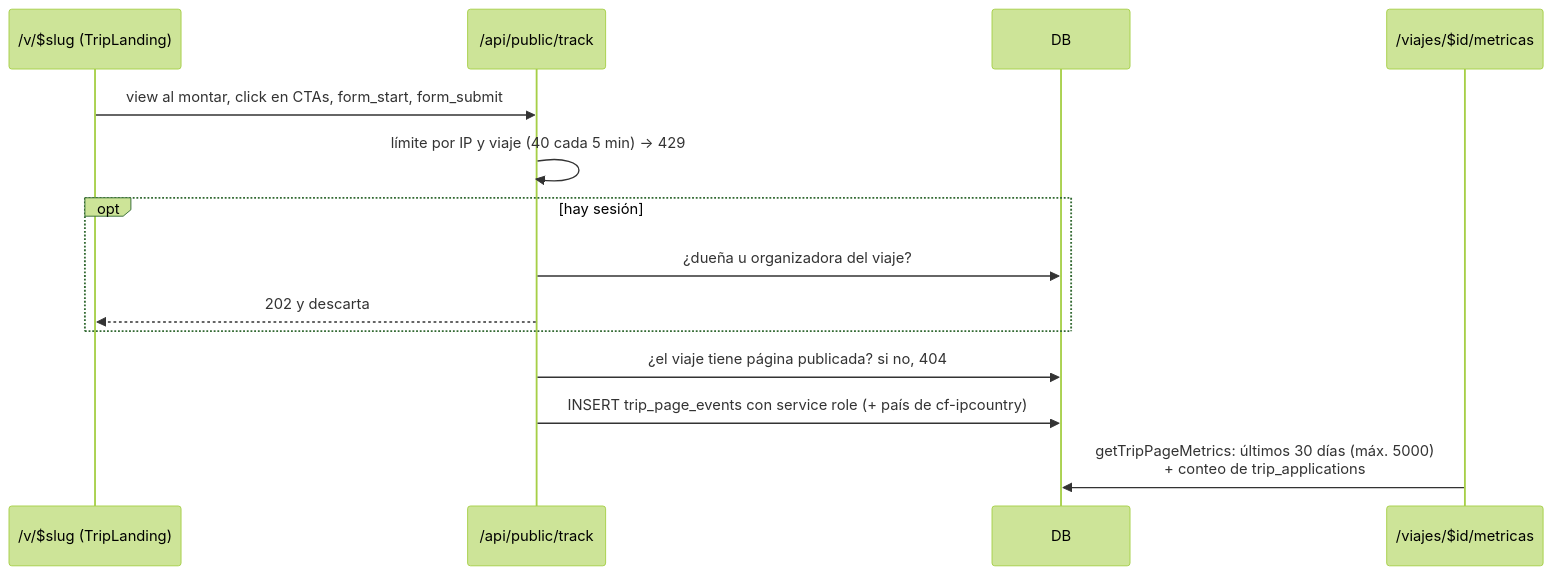
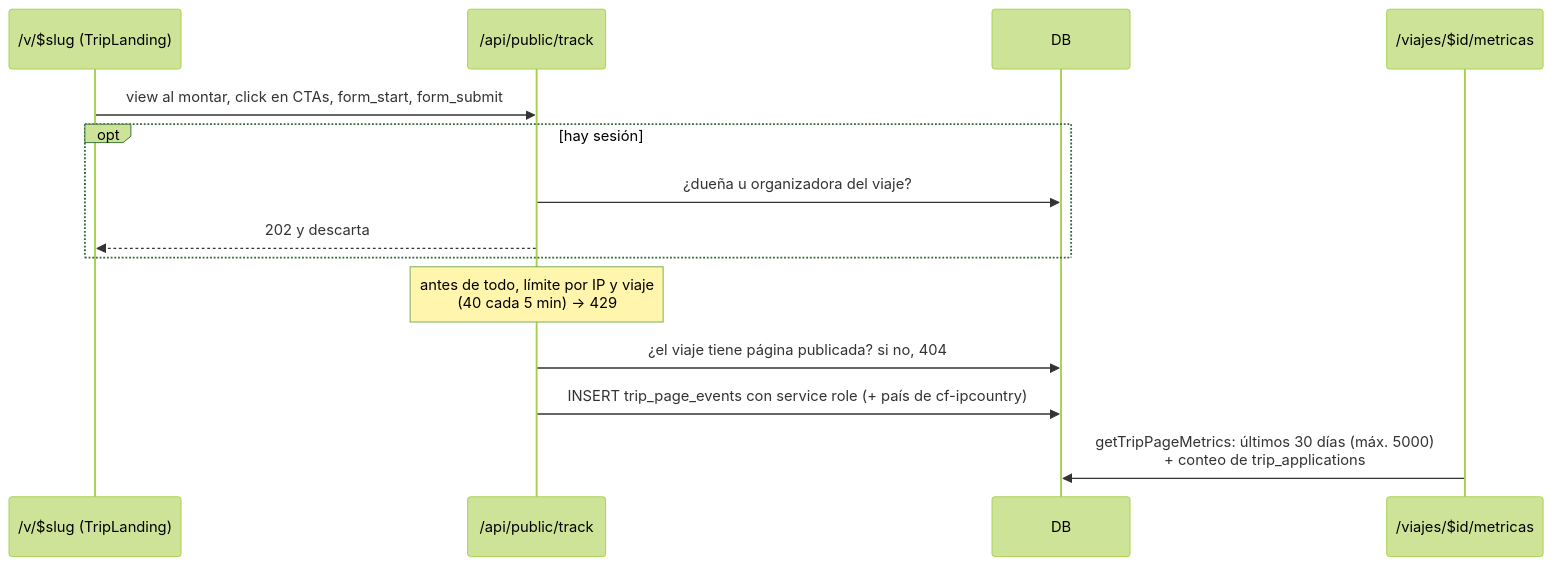
One commit to gaby26203/planeii changed diagram 20 of 20 in docs/flujos.md. Above: the diagram before and after it, drawn with Mermaid (forest theme).

Commit message:
Mover la nota del límite en el diagrama de analítica
Evita un choque con el cambio del mismo diagrama en corregir-errores-demo.

Claude-Session: https://claude.ai/code/session_01MVUxDuVsmaPBiLPPyhZHpb

````diff
--- a/docs/flujos.md
+++ b/docs/flujos.md
@@ -496,16 +496,16 @@
 ```mermaid
 sequenceDiagram
   participant P as /v/$slug (TripLanding)
   participant T as /api/public/track
   participant DB
   participant M as /viajes/$id/metricas
   P->>T: view al montar, click en CTAs, form_start, form_submit
-  T->>T: límite por IP y viaje (40 cada 5 min) → 429
   opt hay sesión
     T->>DB: ¿dueña u organizadora del viaje?
     T-->>P: 202 y descarta
   end
+  Note over T: antes de todo, límite por IP y viaje<br/>(40 cada 5 min) → 429
   T->>DB: ¿el viaje tiene página publicada? si no, 404
   T->>DB: INSERT trip_page_events con service role (+ país de cf-ipcountry)
   M->>DB: getTripPageMetrics: últimos 30 días (máx. 5000)<br/>+ conteo de trip_applications
 ```
````
